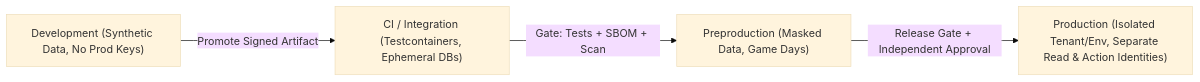
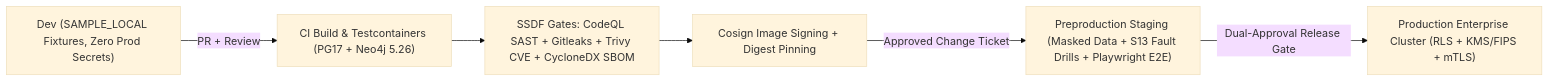
Before and after one commit to fenoch4real/uacrf-unified-adaptive-cloud-resilience-framework: the first of 2 diagrams in docs/deployment/LOCAL_AND_TARGET_INFRA.md, drawn with Mermaid (base theme). The commit also changed other lines of this file and 3 other files, not shown here.

Commit message:
docs(diagrams): update architecture, infrastructure, sequence (SD-09..12), and activity (AD-09..12) diagrams for enterprise & compliance scope

````diff
--- a/docs/deployment/LOCAL_AND_TARGET_INFRA.md
+++ b/docs/deployment/LOCAL_AND_TARGET_INFRA.md
@@ -5,6 +5,8 @@
 ```mermaid
 flowchart LR
-    Dev["Development (Synthetic Data, No Prod Keys)"] -->|Promote Signed Artifact| CI["CI / Integration (Testcontainers, Ephemeral DBs)"]
-    CI -->|Gate: Tests + SBOM + Scan| Preprod["Preproduction (Masked Data, Game Days)"]
-    Preprod -->|Release Gate + Independent Approval| Prod["Production (Isolated Tenant/Env, Separate Read & Action Identities)"]
+    Dev["Dev (SAMPLE_LOCAL Fixtures, Zero Prod Secrets)"] -->|PR + Review| CI["CI Build & Testcontainers (PG17 + Neo4j 5.26)"]
+    CI --> Scan["SSDF Gates: CodeQL SAST + Gitleaks + Trivy CVE + CycloneDX SBOM"]
+    Scan --> Sign["Cosign Image Signing + Digest Pinning"]
+    Sign -->|Approved Change Ticket| Preprod["Preproduction Staging (Masked Data + S13 Fault Drills + Playwright E2E)"]
+    Preprod -->|Dual-Approval Release Gate| Prod["Production Enterprise Cluster (RLS + KMS/FIPS + mTLS)"]
 ```
````
